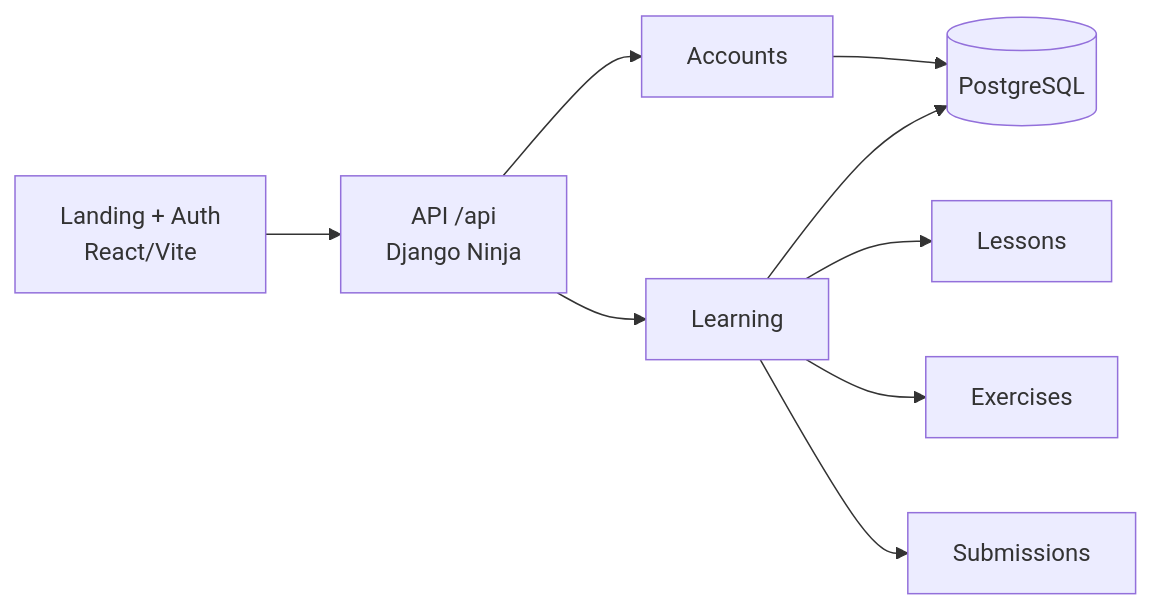
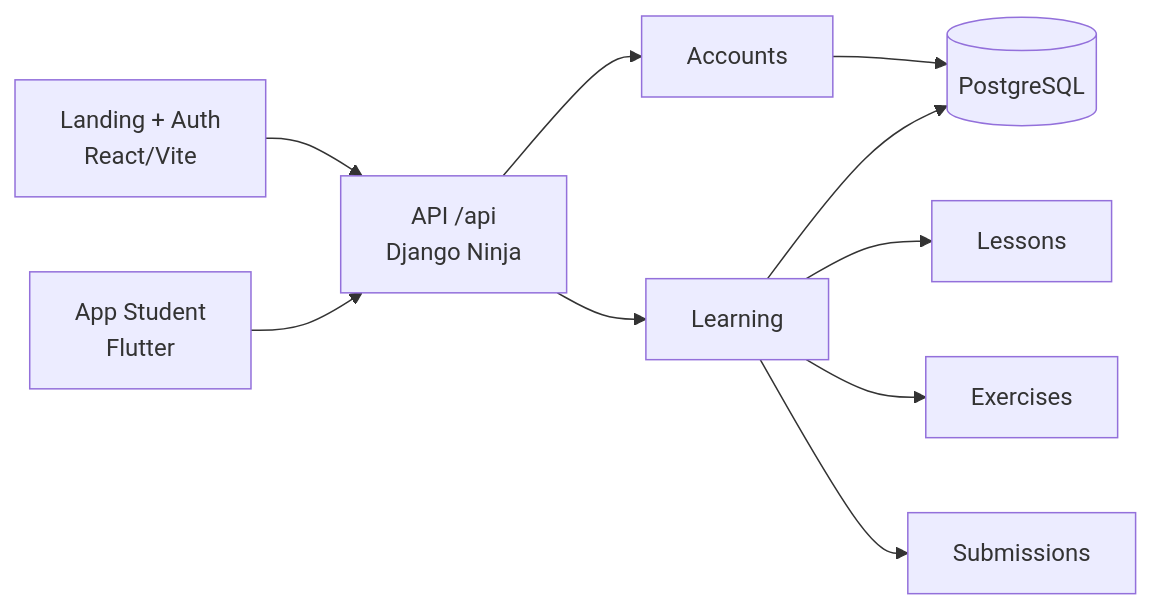
Before and after one commit to bragaus/vibe-studying: the diagram in README.md, drawn with Mermaid. The commit also changed other lines of this file and 36 other files, not shown here.

````diff
--- a/README.md
+++ b/README.md
@@ -51,11 +62,12 @@
 ```mermaid
 flowchart LR
-    A[Landing + Auth<br/>React/Vite] --> B[API /api<br/>Django Ninja]
-    B --> C[Accounts]
-    B --> D[Learning]
-    C --> E[(PostgreSQL)]
-    D --> E
-    D --> F[Lessons]
-    D --> G[Exercises]
-    D --> H[Submissions]
+    A[Landing + Auth<br/>React/Vite] --> C[API /api<br/>Django Ninja]
+    B[App Student<br/>Flutter] --> C
+    C --> D[Accounts]
+    C --> E[Learning]
+    D --> F[(PostgreSQL)]
+    E --> F
+    E --> G[Lessons]
+    E --> H[Exercises]
+    E --> I[Submissions]
 ```
````
